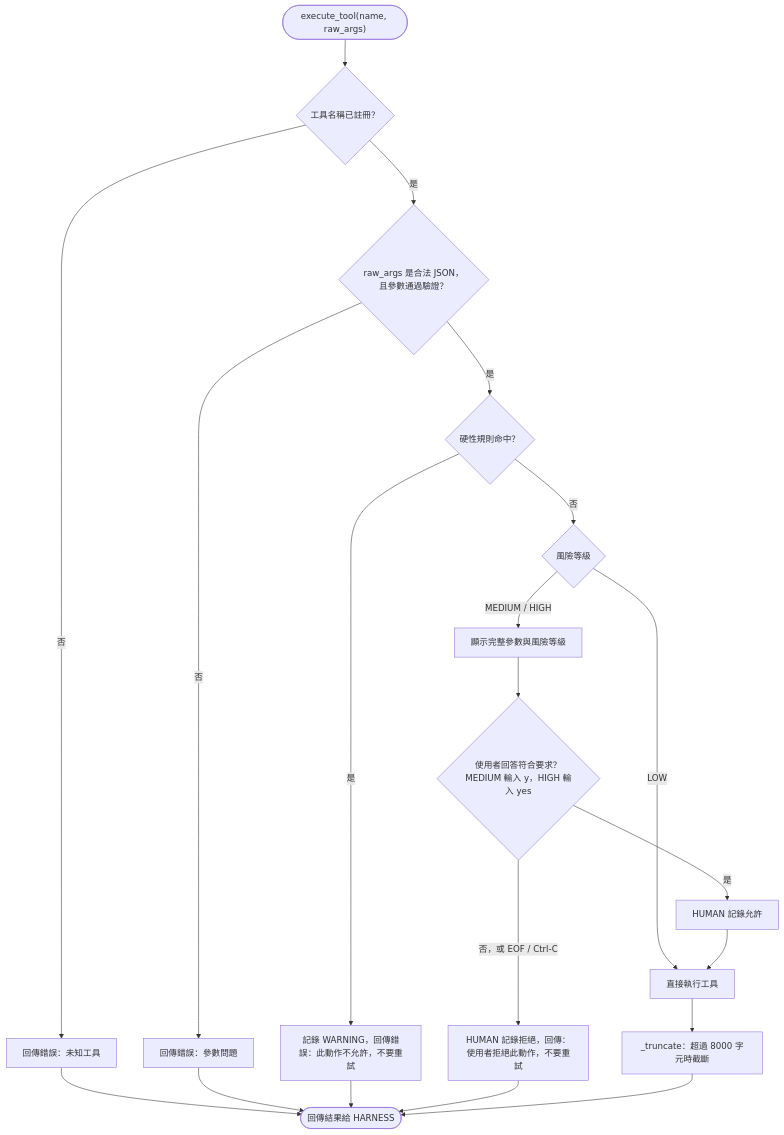
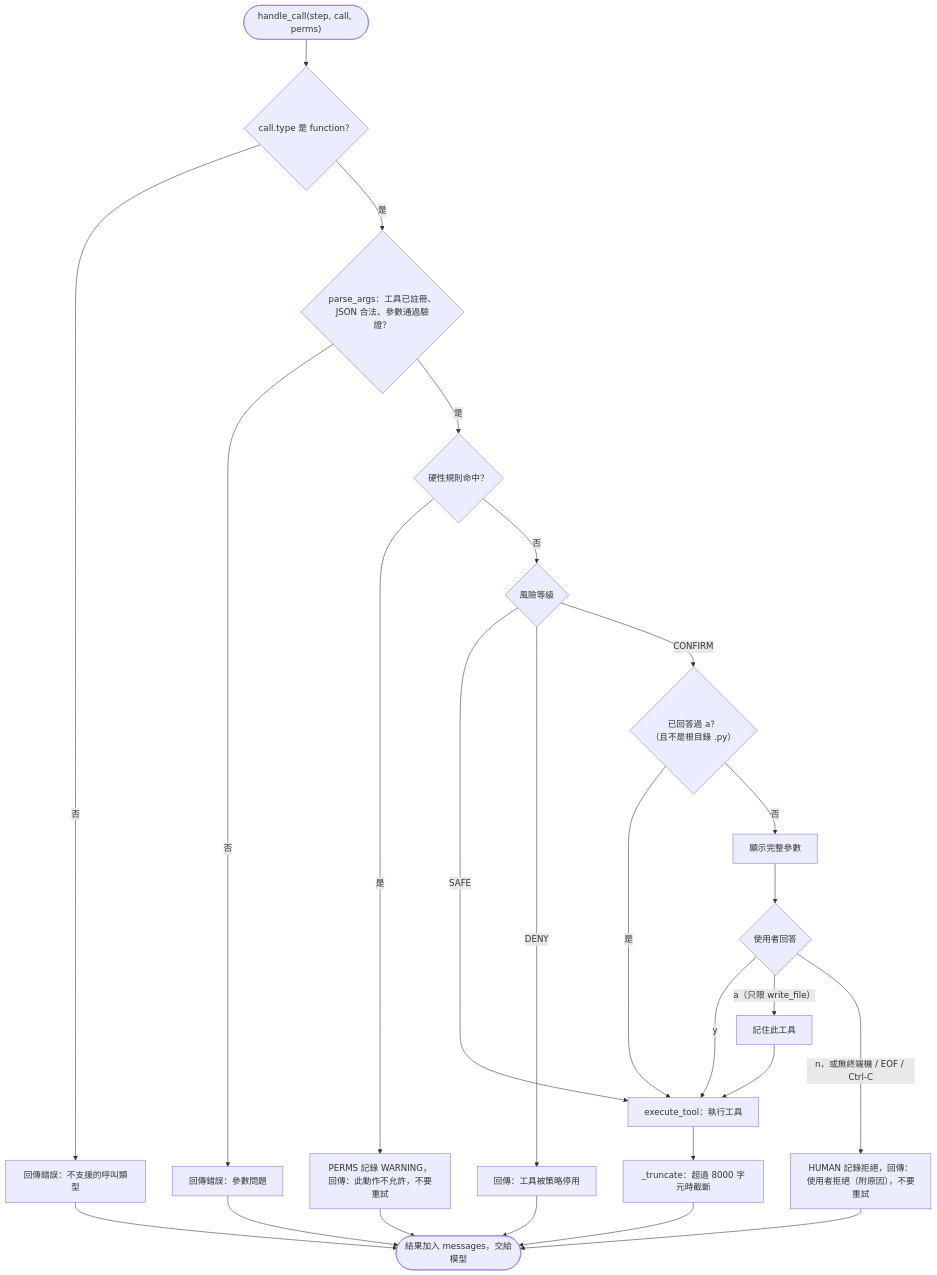
One commit to YuMingCorn/corn_agent changed the first of 2 diagrams in docs/04_permission.md. Above: the diagram before and after it, drawn with Mermaid. The commit also changed other lines of this file and 3 other files, not shown here.

````diff
--- a/docs/04_permission.md
+++ b/docs/04_permission.md
@@ -78,22 +111,26 @@
 ```mermaid
 flowchart TD
-    A(["execute_tool(name, raw_args)"]) --> B{"工具名稱已註冊？"}
-    B -- "否" --> E1["回傳錯誤：未知工具"]
-    B -- "是" --> C{"raw_args 是合法 JSON，且參數通過驗證？"}
+    A(["handle_call(step, call, perms)"]) --> B{"call.type 是 function？"}
+    B -- "否" --> E0["回傳錯誤：不支援的呼叫類型"]
+    B -- "是" --> C{"parse_args：工具已註冊、<br/>JSON 合法、參數通過驗證？"}
     C -- "否" --> E2["回傳錯誤：參數問題"]
     C -- "是" --> D{"硬性規則命中？"}
-    D -- "是" --> E3["記錄 WARNING，回傳錯誤：此動作不允許，不要重試"]
+    D -- "是" --> E3["PERMS 記錄 WARNING，回傳：此動作不允許，不要重試"]
     D -- "否" --> F{"風險等級"}
-    F -- "LOW" --> X["直接執行工具"]
-    F -- "MEDIUM / HIGH" --> G["顯示完整參數與風險等級"]
-    G --> H{"使用者回答符合要求？<br/>MEDIUM 輸入 y，HIGH 輸入 yes"}
-    H -- "否，或 EOF / Ctrl-C" --> R1["HUMAN 記錄拒絕，回傳：使用者拒絕此動作，不要重試"]
-    H -- "是" --> I["HUMAN 記錄允許"]
-    I --> X
+    F -- "SAFE" --> X["execute_tool：執行工具"]
+    F -- "DENY" --> E4["回傳：工具被策略停用"]
+    F -- "CONFIRM" --> AA{"已回答過 a？<br/>（且不是根目錄 .py）"}
+    AA -- "是" --> X
+    AA -- "否" --> G["顯示完整參數"]
+    G --> H{"使用者回答"}
+    H -- "y" --> X
+    H -- "a（只限 write_file）" --> AL["記住此工具"] --> X
+    H -- "n，或無終端機 / EOF / Ctrl-C" --> R1["HUMAN 記錄拒絕，回傳：使用者拒絕（附原因），不要重試"]
     X --> T["_truncate：超過 8000 字元時截斷"]
-    E1 --> M(["回傳結果給 HARNESS"])
+    E0 --> M(["結果加入 messages，交給模型"])
     E2 --> M
     E3 --> M
+    E4 --> M
     R1 --> M
     T --> M
 ```
````
